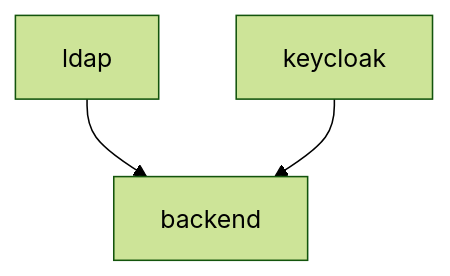
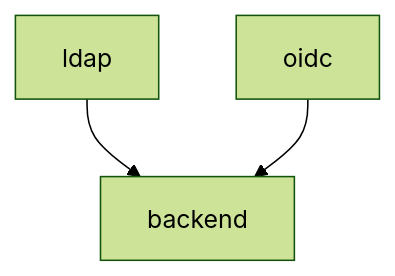
Before and after one commit to SciCatProject/scicatlive: the diagram in services/backend/README.md, drawn with Mermaid (forest theme). The commit also changed 8 other files, not shown here.

Commit message:
Change keycloak references to oidc

````diff
--- a/services/backend/README.md
+++ b/services/backend/README.md
@@ -13,5 +13,5 @@
 ```mermaid
 graph TD
     ldap --> backend
-    keycloak --> backend
+    oidc --> backend
 ```
````
